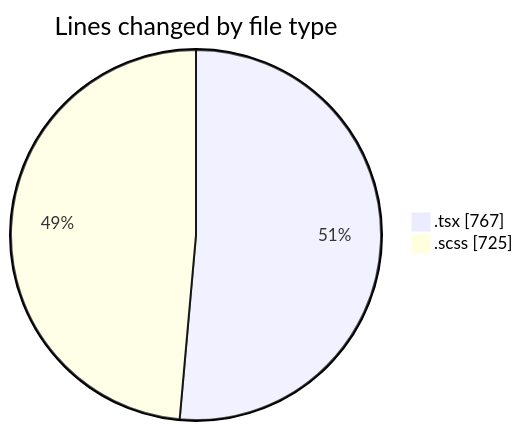
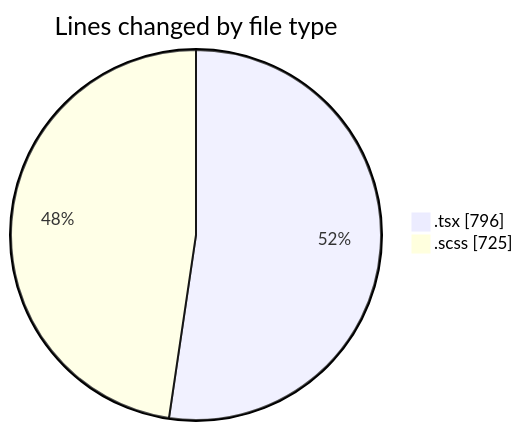
The first of 2 diagrams in 2025-10-06/cda/README.md (momahboobian/code-tracking), drawn with Mermaid before and after one commit. The commit also changed other lines of this file and 1 other file, not shown here.

````diff
--- a/2025-10-06/cda/README.md
+++ b/2025-10-06/cda/README.md
@@ -24,6 +24,6 @@
 ```mermaid
 pie showData
 title Lines changed by file type
-".tsx" : 767
+".tsx" : 796
 ".scss" : 725
 ```
````
